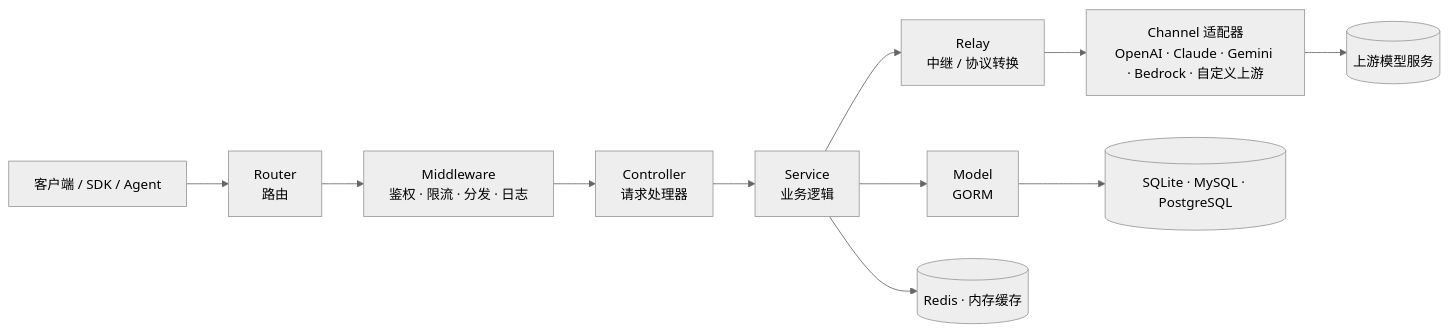
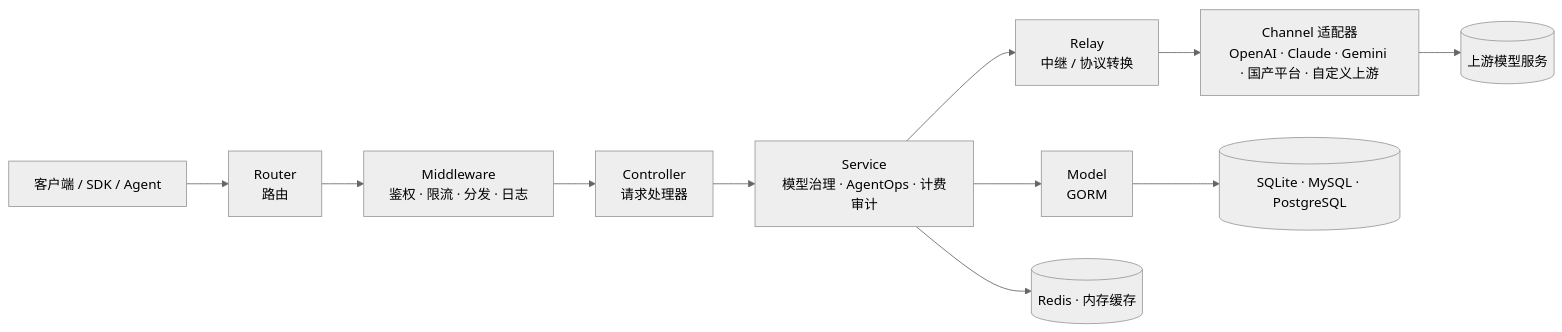
Before and after one commit to MAX-API-Next/MAX-API: the diagram in README.zh_CN.md, drawn with Mermaid (neutral theme). The commit also changed other lines of this file and 27 other files, not shown here.

````diff
--- a/README.zh_CN.md
+++ b/README.zh_CN.md
@@ -189,13 +209,13 @@
 ```mermaid
 flowchart LR
   Client[客户端 / SDK / Agent] --> Router[Router<br/>路由]
   Router --> MW[Middleware<br/>鉴权 · 限流 · 分发 · 日志]
   MW --> Ctrl[Controller<br/>请求处理器]
-  Ctrl --> Svc[Service<br/>业务逻辑]
+  Ctrl --> Svc[Service<br/>模型治理 · AgentOps · 计费审计]
   Svc --> Relay[Relay<br/>中继 / 协议转换]
-  Relay --> Adapters[Channel 适配器<br/>OpenAI · Claude · Gemini · Bedrock · 自定义上游]
+  Relay --> Adapters[Channel 适配器<br/>OpenAI · Claude · Gemini · 国产平台 · 自定义上游]
   Adapters --> Upstream[(上游模型服务)]
   Svc --> Model[Model<br/>GORM]
   Model --> DB[(SQLite · MySQL · PostgreSQL)]
   Svc --> Cache[(Redis · 内存缓存)]
 ```
````
